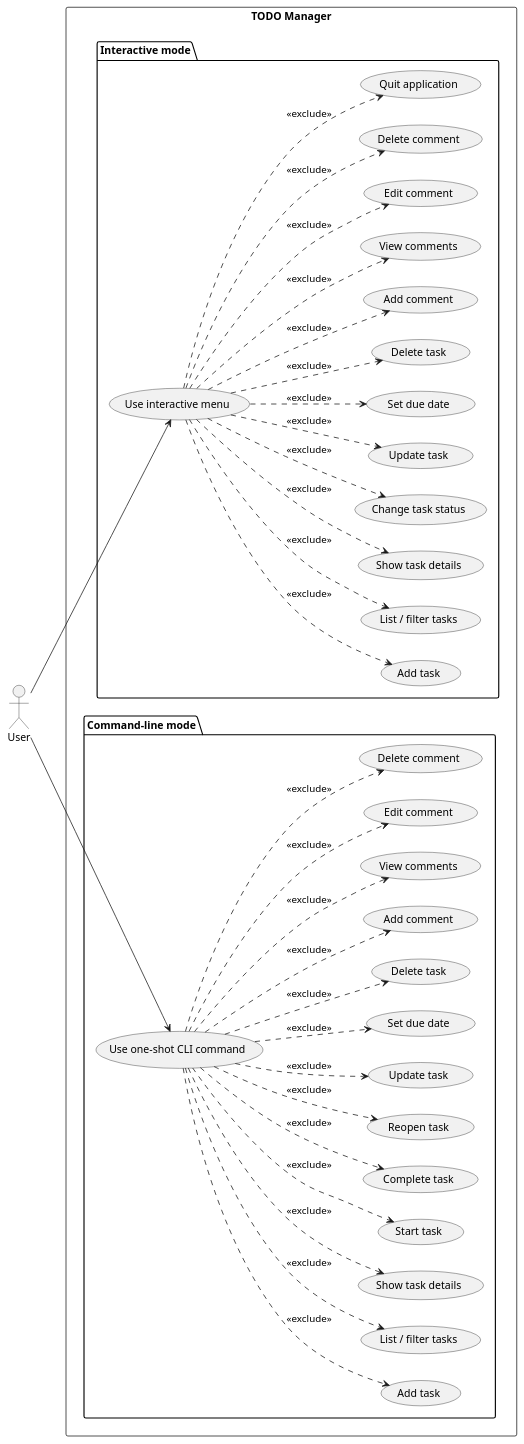
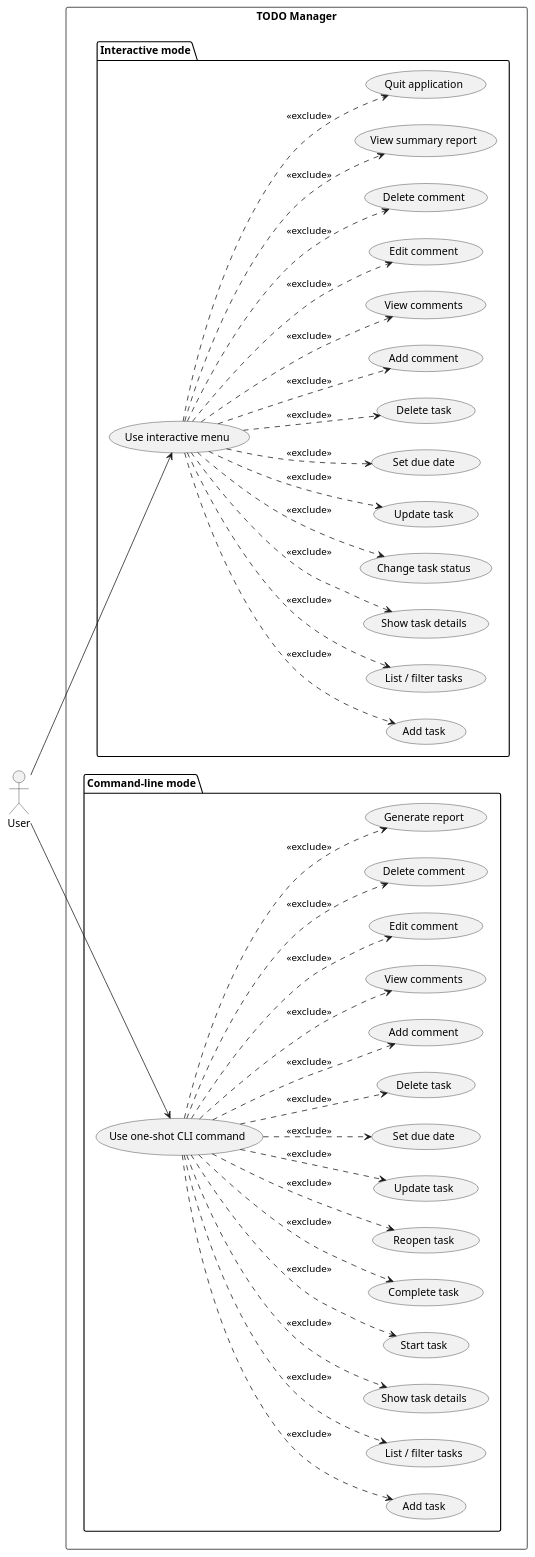
The diagram in experiments/pipeline/user_stories/TODO/artifacts/use_case_diagram.puml (DanielRiha8906/Software_autoevolution_using_agents), drawn with PlantUML before and after one commit. The commit also changed 10 other files, not shown here.

```diff
--- a/experiments/pipeline/user_stories/TODO/artifacts/use_case_diagram.puml
+++ b/experiments/pipeline/user_stories/TODO/artifacts/use_case_diagram.puml
@@ -1,73 +1,77 @@
 @startuml use_case_diagram
 
 left to right direction
 
 actor User
 
 rectangle "TODO Manager" {
 
   package "Interactive mode" {
     usecase "Use interactive menu" as UI
     usecase "Add task" as I_ADD
     usecase "List / filter tasks" as I_LIST
     usecase "Show task details" as I_SHOW
     usecase "Change task status" as I_STATUS
     usecase "Update task" as I_UPDATE
     usecase "Set due date" as I_DUEDATE
     usecase "Delete task" as I_DELETE
     usecase "Add comment" as I_COMMENT_ADD
     usecase "View comments" as I_COMMENT_VIEW
     usecase "Edit comment" as I_COMMENT_EDIT
     usecase "Delete comment" as I_COMMENT_DELETE
+    usecase "View summary report" as I_REPORT
     usecase "Quit application" as I_QUIT
   }
 
   package "Command-line mode" {
     usecase "Use one-shot CLI command" as CLI
     usecase "Add task" as C_ADD
     usecase "List / filter tasks" as C_LIST
     usecase "Show task details" as C_SHOW
     usecase "Start task" as C_START
     usecase "Complete task" as C_DONE
     usecase "Reopen task" as C_REOPEN
     usecase "Update task" as C_UPDATE
     usecase "Set due date" as C_DUEDATE
     usecase "Delete task" as C_DELETE
     usecase "Add comment" as C_COMMENT_ADD
     usecase "View comments" as C_COMMENT_VIEW
     usecase "Edit comment" as C_COMMENT_EDIT
     usecase "Delete comment" as C_COMMENT_DELETE
+    usecase "Generate report" as C_REPORT
   }
 }
 
 User --> UI
 User --> CLI
 
 UI ..> I_ADD      : <<exclude>>
 UI ..> I_LIST     : <<exclude>>
 UI ..> I_SHOW     : <<exclude>>
 UI ..> I_STATUS   : <<exclude>>
 UI ..> I_UPDATE   : <<exclude>>
 UI ..> I_DUEDATE  : <<exclude>>
 UI ..> I_DELETE   : <<exclude>>
 UI ..> I_COMMENT_ADD : <<exclude>>
 UI ..> I_COMMENT_VIEW : <<exclude>>
 UI ..> I_COMMENT_EDIT : <<exclude>>
 UI ..> I_COMMENT_DELETE : <<exclude>>
+UI ..> I_REPORT   : <<exclude>>
 UI ..> I_QUIT     : <<exclude>>
 
 CLI ..> C_ADD     : <<exclude>>
 CLI ..> C_LIST    : <<exclude>>
 CLI ..> C_SHOW    : <<exclude>>
 CLI ..> C_START   : <<exclude>>
 CLI ..> C_DONE    : <<exclude>>
 CLI ..> C_REOPEN  : <<exclude>>
 CLI ..> C_UPDATE  : <<exclude>>
 CLI ..> C_DUEDATE : <<exclude>>
 CLI ..> C_DELETE  : <<exclude>>
 CLI ..> C_COMMENT_ADD : <<exclude>>
 CLI ..> C_COMMENT_VIEW : <<exclude>>
 CLI ..> C_COMMENT_EDIT : <<exclude>>
 CLI ..> C_COMMENT_DELETE : <<exclude>>
+CLI ..> C_REPORT  : <<exclude>>
 
 @enduml
```
